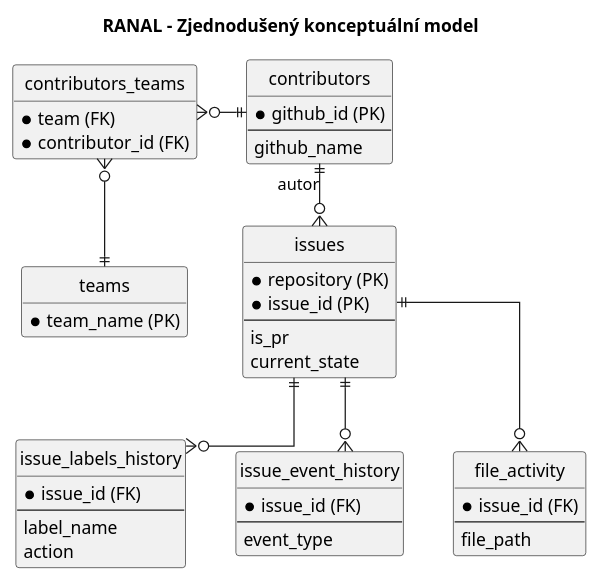
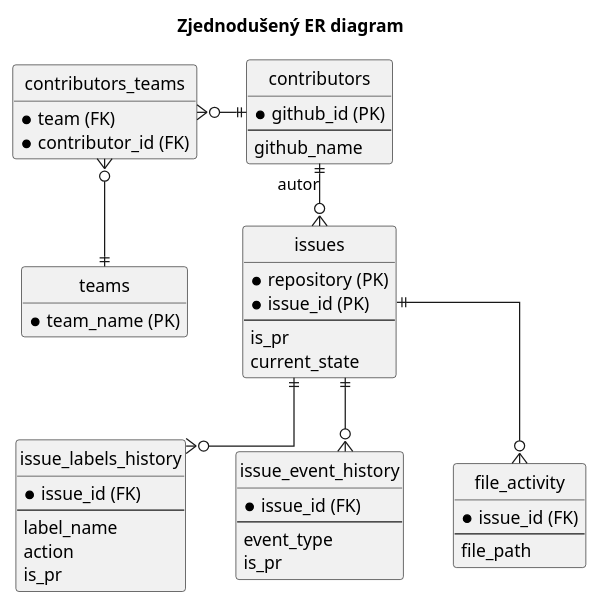
Before and after one commit to rcMarty/crabeye-thesis: the diagram in src/figures/architecture/overall_database.puml, drawn with PlantUML. The commit also changed 7 other files, not shown here.

```diff
--- a/src/figures/architecture/overall_database.puml
+++ b/src/figures/architecture/overall_database.puml
@@ -1,69 +1,68 @@
-@startuml er_diagram_simplified
-title RANAL - Zjednodušený konceptuální model
+@startuml overall_databaserm 
+title Zjednodušený ER diagram
 
 ' Skrytí zbytečných ikon a prázdných částí pro čistší vzhled
 hide circle
 hide empty members
 skinparam linetype ortho
 
 ' Kompaktní mezery ideální pro vložení do textu
 skinparam nodesep 40
 skinparam ranksep 50
 
 ' Definice entit pouze s klíčovými byznys atributy
 entity "teams" as teams {
   * team_name (PK)
 }
 
 entity "contributors_teams" as ct {
   * team (FK)
   * contributor_id (FK)
 }
 
 entity "contributors" as contributors {
   * github_id (PK)
   --
   github_name
 }
 
 entity "issues" as issues {
   * repository (PK)
   * issue_id (PK)
   --
   is_pr
   current_state
 }
 
 entity "issue_labels_history" as labels {
   * issue_id (FK)
   --
   label_name
   action
+  is_pr
 }
 
 entity "issue_event_history" as events {
   * issue_id (FK)
   --
   event_type
+  is_pr
 }
 
 entity "file_activity" as files {
   * issue_id (FK)
   --
   file_path
 }
 
 ' ---- Vazby a layout ----
-' Horní patro: Týmy a uživatelé vedle sebe
 teams ||-up-o{ ct
 contributors ||-left-o{ ct
 
-' Střední patro: Užívatelé tvoří issues
 contributors ||-down-o{ issues : " autor"
 
-' Spodní patro: Issue se větví do historie
 issues ||-down-o{ events
 issues ||-down-o{ labels
 issues ||-down-o{ files
 
 @enduml
```
